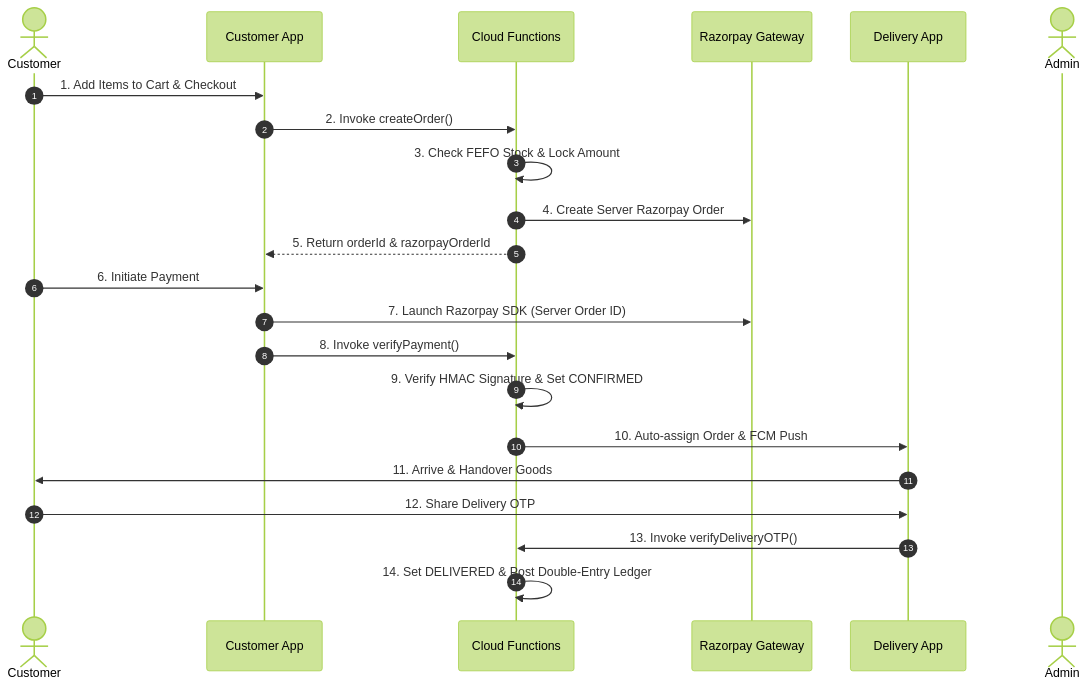
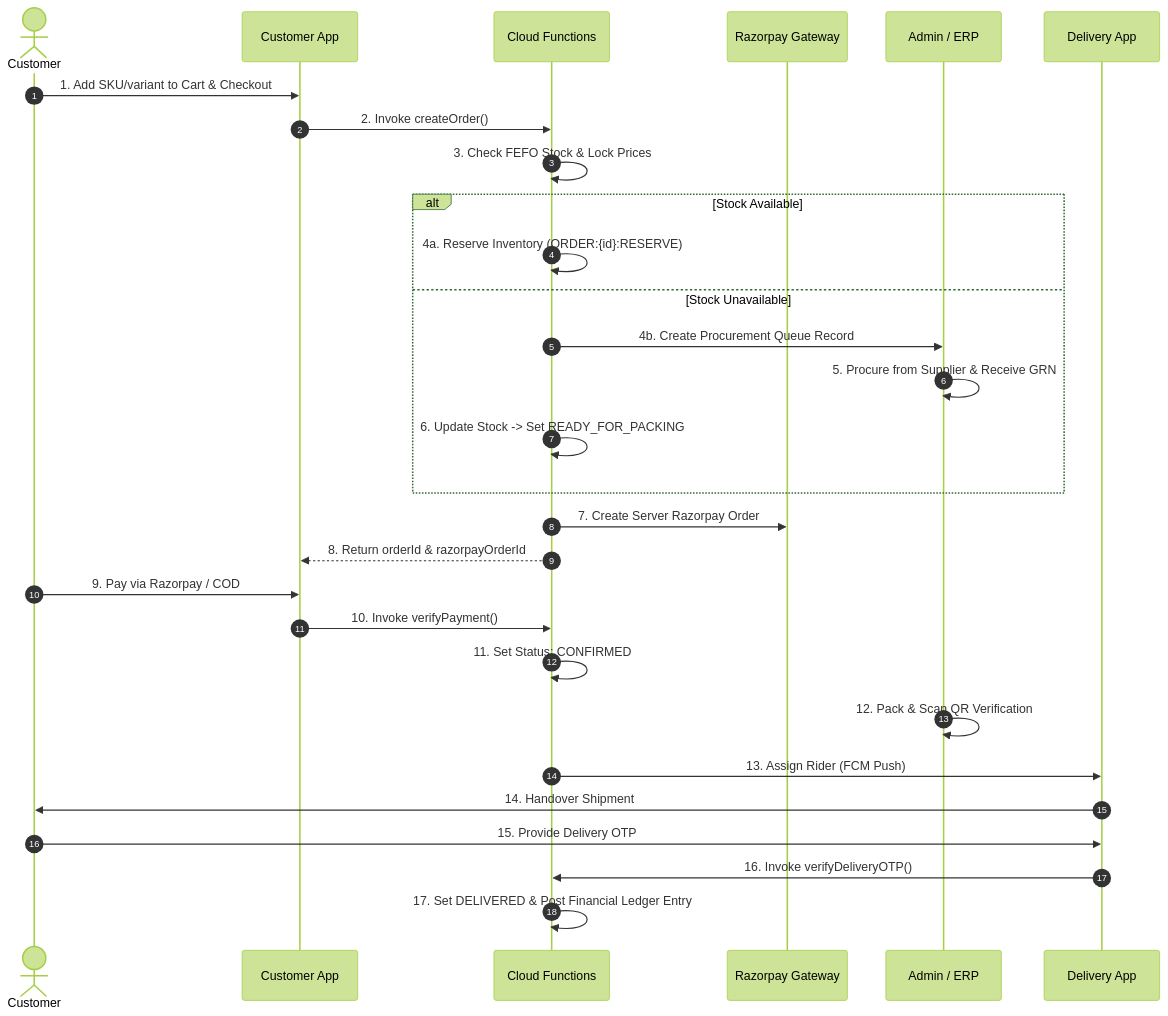
The second of 2 diagrams in README.md (Vishal0325/KrishiVishal), drawn with Mermaid (forest theme) before and after one commit. The commit also changed other lines of this file, not shown here.

Commit message:
docs: update README.md aligned with master architecture and flow specs

````diff
--- a/README.md
+++ b/README.md
@@ -113,25 +110,32 @@
 ```mermaid
 sequenceDiagram
     autonumber
     actor Customer
     participant App as Customer App
     participant Backend as Cloud Functions
     participant Rzp as Razorpay Gateway
+    participant Admin as Admin / ERP
     participant Rider as Delivery App
-    actor Admin
 
-    Customer->>App: 1. Add Items to Cart & Checkout
+    Customer->>App: 1. Add SKU/variant to Cart & Checkout
     App->>Backend: 2. Invoke createOrder()
-    Backend->>Backend: 3. Check FEFO Stock & Lock Amount
-    Backend->>Rzp: 4. Create Server Razorpay Order
-    Backend-->>App: 5. Return orderId & razorpayOrderId
-    Customer->>App: 6. Initiate Payment
-    App->>Rzp: 7. Launch Razorpay SDK (Server Order ID)
-    App->>Backend: 8. Invoke verifyPayment()
-    Backend->>Backend: 9. Verify HMAC Signature & Set CONFIRMED
-    Backend->>Rider: 10. Auto-assign Order & FCM Push
-    Rider->>Customer: 11. Arrive & Handover Goods
-    Customer->>Rider: 12. Share Delivery OTP
-    Rider->>Backend: 13. Invoke verifyDeliveryOTP()
-    Backend->>Backend: 14. Set DELIVERED & Post Double-Entry Ledger
+    Backend->>Backend: 3. Check FEFO Stock & Lock Prices
+    alt Stock Available
+        Backend->>Backend: 4a. Reserve Inventory (ORDER:{id}:RESERVE)
+    else Stock Unavailable
+        Backend->>Admin: 4b. Create Procurement Queue Record
+        Admin->>Admin: 5. Procure from Supplier & Receive GRN
+        Backend->>Backend: 6. Update Stock -> Set READY_FOR_PACKING
+    end
+    Backend->>Rzp: 7. Create Server Razorpay Order
+    Backend-->>App: 8. Return orderId & razorpayOrderId
+    Customer->>App: 9. Pay via Razorpay / COD
+    App->>Backend: 10. Invoke verifyPayment()
+    Backend->>Backend: 11. Set Status: CONFIRMED
+    Admin->>Admin: 12. Pack & Scan QR Verification
+    Backend->>Rider: 13. Assign Rider (FCM Push)
+    Rider->>Customer: 14. Handover Shipment
+    Customer->>Rider: 15. Provide Delivery OTP
+    Rider->>Backend: 16. Invoke verifyDeliveryOTP()
+    Backend->>Backend: 17. Set DELIVERED & Post Financial Ledger Entry
 ```
````
